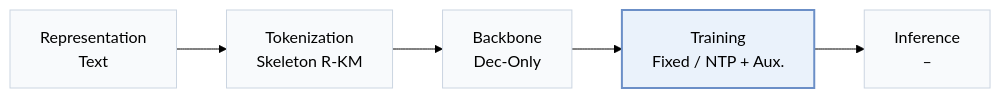
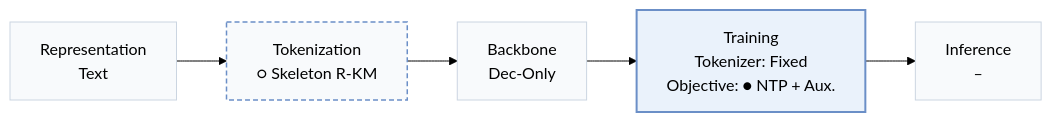
The first of 2 diagrams in pages/papers/ghost.md (Galaxy-ghost/Awesome-SID-Generative-Rec), drawn with Mermaid (forest theme) before and after one commit. The commit also changed other lines of this file and 558 other files, not shown here.

````diff
--- a/pages/papers/ghost.md
+++ b/pages/papers/ghost.md
@@ -15,8 +18,10 @@
 ```mermaid
 flowchart LR
-    R["Representation<br/>Text"] --> T["Tokenization<br/>Skeleton R-KM"] --> B["Backbone<br/>Dec-Only"] --> TR["Training<br/>Fixed / NTP + Aux."] --> I["Inference<br/>–"]
+    R["Representation<br/>Text"] --> T["Tokenization<br/>○ Skeleton R-KM"] --> B["Backbone<br/>Dec-Only"] --> TR["Training<br/>Tokenizer: Fixed<br/>Objective: ● NTP + Aux."] --> I["Inference<br/>–"]
     classDef base fill:#f8fafc,stroke:#cbd5e1
     class R,T,B,TR,I base
+    classDef other fill:#f8fafc,stroke:#6b8fc7,stroke-width:1.5px,stroke-dasharray:5 3
+    class T other
     classDef main fill:#eaf2fb,stroke:#6b8fc7,stroke-width:2px
     class TR main
 ```
````
